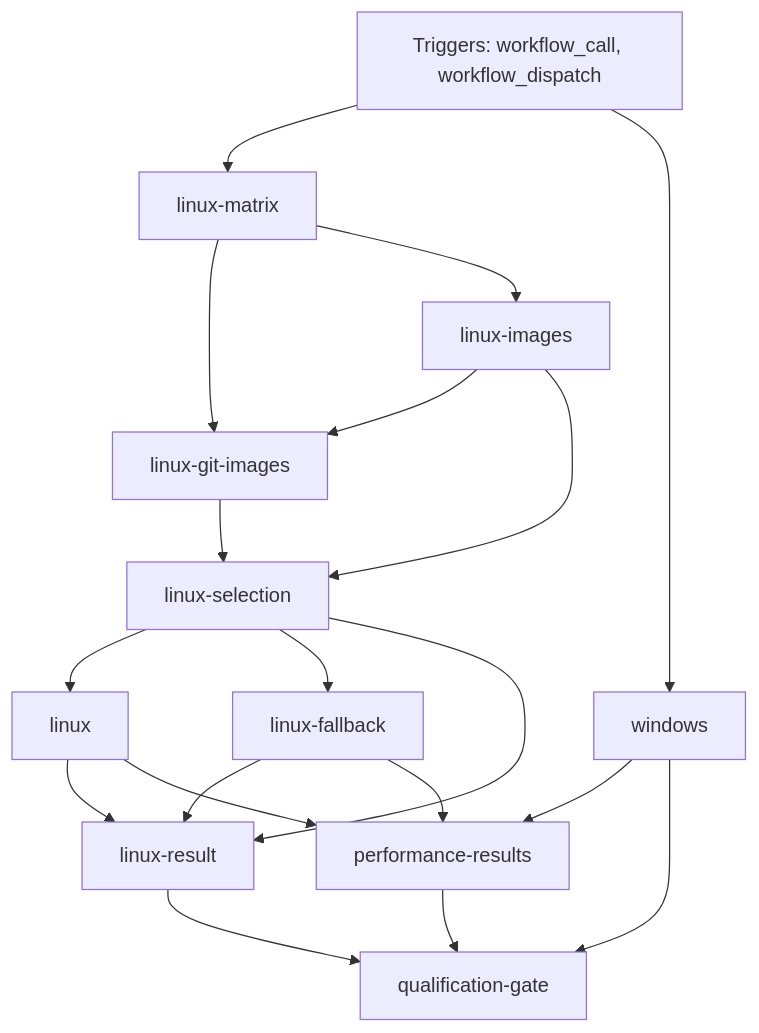
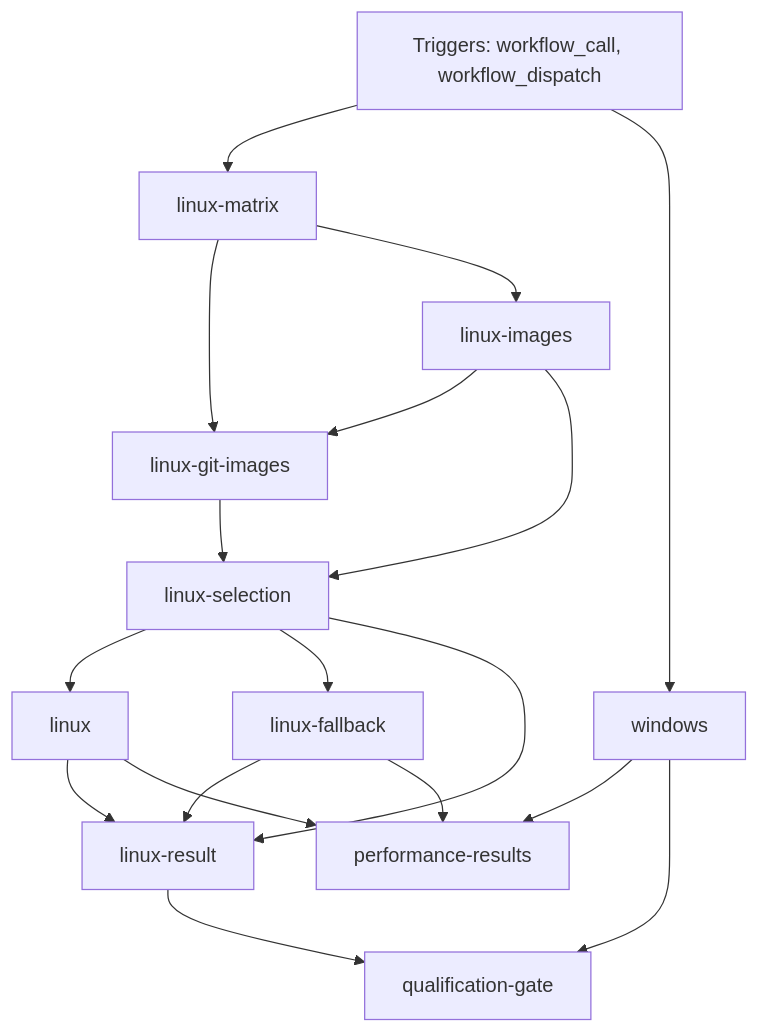
The diagram in docs/ci/github/script-ci.md (FrenchExDev2/QuietCli.PoSh), drawn with Mermaid before and after one commit. The commit also changed other lines of this file and 5 other files, not shown here.

```diff
--- a/docs/ci/github/script-ci.md
+++ b/docs/ci/github/script-ci.md
@@ -23,32 +23,31 @@
 ~~~mermaid
 flowchart TD
     event["Triggers: workflow_call, workflow_dispatch"]
     job_linux["linux"]
     job_linux_fallback["linux-fallback"]
     job_linux_git_images["linux-git-images"]
     job_linux_images["linux-images"]
     job_linux_matrix["linux-matrix"]
     job_linux_result["linux-result"]
     job_linux_selection["linux-selection"]
     job_performance_results["performance-results"]
     job_qualification_gate["qualification-gate"]
     job_windows["windows"]
     job_linux_selection --> job_linux
     job_linux_selection --> job_linux_fallback
     job_linux_matrix --> job_linux_git_images
     job_linux_images --> job_linux_git_images
     job_linux_matrix --> job_linux_images
     event --> job_linux_matrix
     job_linux_selection --> job_linux_result
     job_linux --> job_linux_result
     job_linux_fallback --> job_linux_result
     job_linux_images --> job_linux_selection
     job_linux_git_images --> job_linux_selection
     job_windows --> job_performance_results
     job_linux --> job_performance_results
     job_linux_fallback --> job_performance_results
     job_windows --> job_qualification_gate
     job_linux_result --> job_qualification_gate
-    job_performance_results --> job_qualification_gate
     event --> job_windows
 ~~~
```
